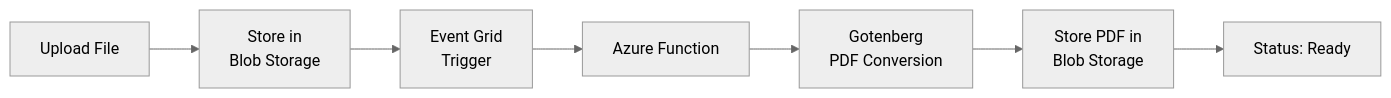
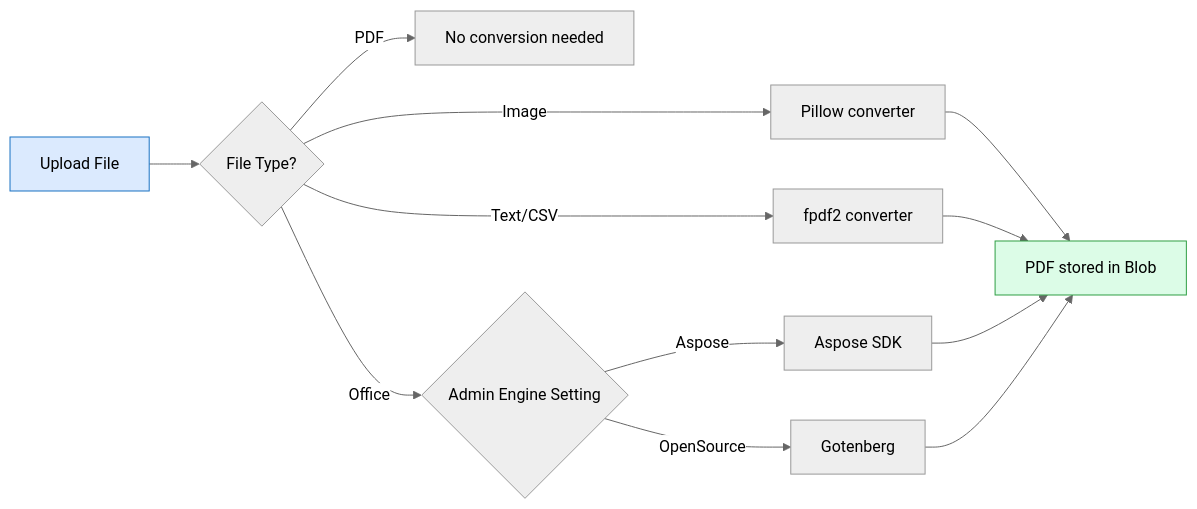
One commit to fgarofalo56/ucm-azure-native-demo changed the first of 2 diagrams in docs/guides/user-guide.md. Above: the diagram before and after it, drawn with Mermaid (neutral theme). The commit also changed other lines of this file and 6 other files, not shown here.

First line of the commit message:
docs: add comprehensive Mermaid diagrams across all architecture and guide docs

````diff
--- a/docs/guides/user-guide.md
+++ b/docs/guides/user-guide.md
@@ -312,9 +312,17 @@
 ```mermaid
 flowchart LR
-    A[Upload File] --> B[Store in<br/>Blob Storage]
-    B --> C[Event Grid<br/>Trigger]
-    C --> D[Azure Function]
-    D --> E[Gotenberg<br/>PDF Conversion]
-    E --> F[Store PDF in<br/>Blob Storage]
-    F --> G[Status: Ready]
+    A[Upload File] --> B{File Type?}
+    B -->|PDF| C[No conversion needed]
+    B -->|Image| D[Pillow converter]
+    B -->|Text/CSV| E[fpdf2 converter]
+    B -->|Office| F{Admin Engine Setting}
+    F -->|Aspose| G[Aspose SDK]
+    F -->|OpenSource| H[Gotenberg]
+    D --> I[PDF stored in Blob]
+    E --> I
+    G --> I
+    H --> I
+
+    style A fill:#dbeafe,stroke:#1971c2
+    style I fill:#dcfce7,stroke:#2f9e44
 ```
````
